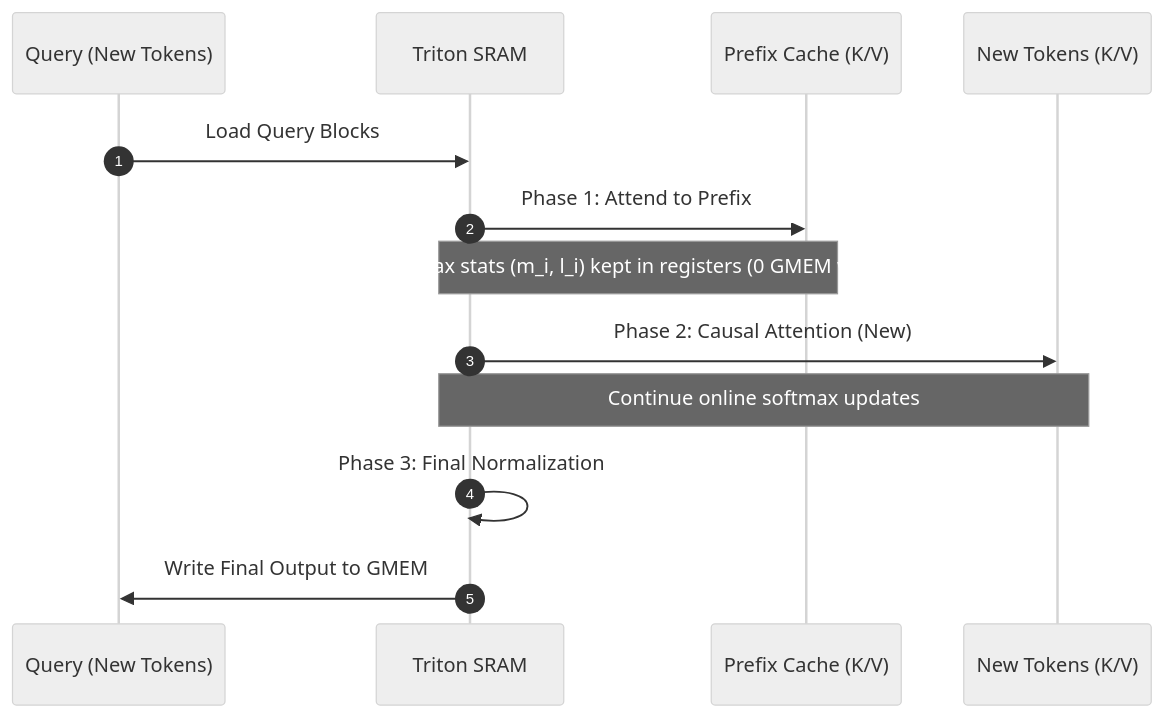
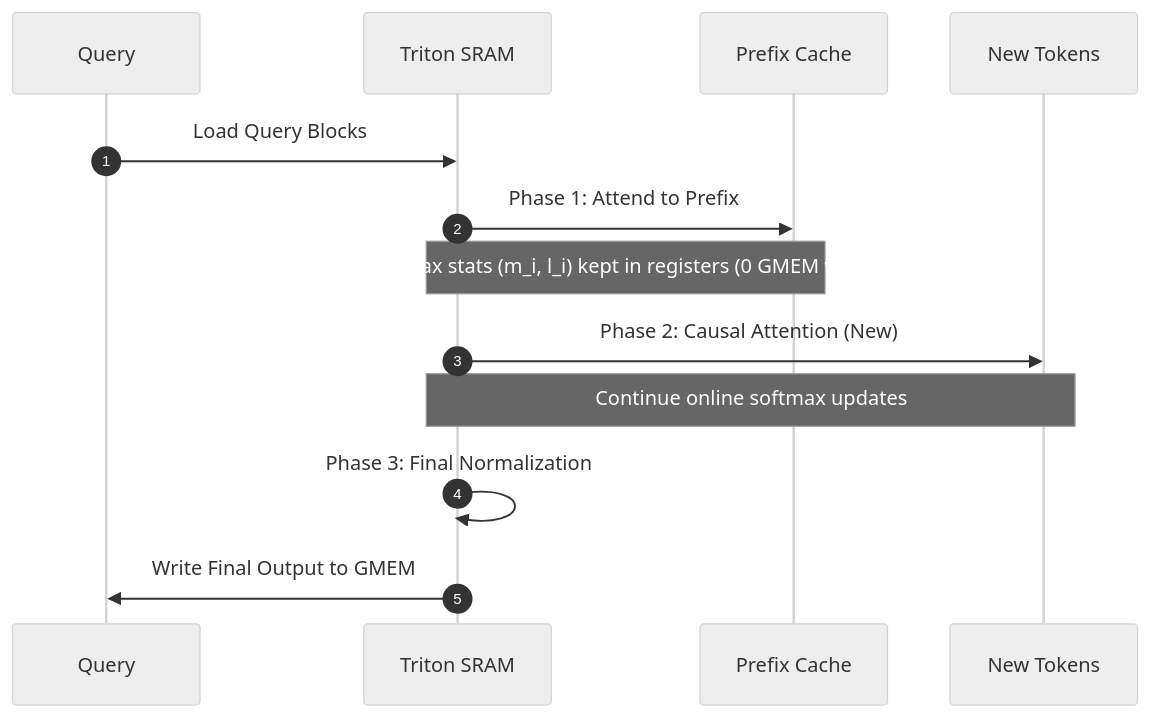
The second of 2 diagrams in README.md (Paramveersingh-S/Triton-MLOps), drawn with Mermaid (neutral theme) before and after one commit. The commit also changed other lines of this file and 1 other file, not shown here.

Commit message:
docs: add custom neon logo and fix mermaid diagrams

````diff
--- a/README.md
+++ b/README.md
@@ -54,16 +54,16 @@
 ```mermaid
 sequenceDiagram
     autonumber
-    participant Q as Query (New Tokens)
+    participant Q as Query
     participant SRAM as Triton SRAM
-    participant KVP as Prefix Cache (K/V)
-    participant KVN as New Tokens (K/V)
+    participant KVP as Prefix Cache
+    participant KVN as New Tokens
     
     Q->>SRAM: Load Query Blocks
     SRAM->>KVP: Phase 1: Attend to Prefix
     Note over SRAM,KVP: Softmax stats (m_i, l_i) kept in registers (0 GMEM writes)
     SRAM->>KVN: Phase 2: Causal Attention (New)
     Note over SRAM,KVN: Continue online softmax updates
     SRAM->>SRAM: Phase 3: Final Normalization
     SRAM->>Q: Write Final Output to GMEM
 ```
````
